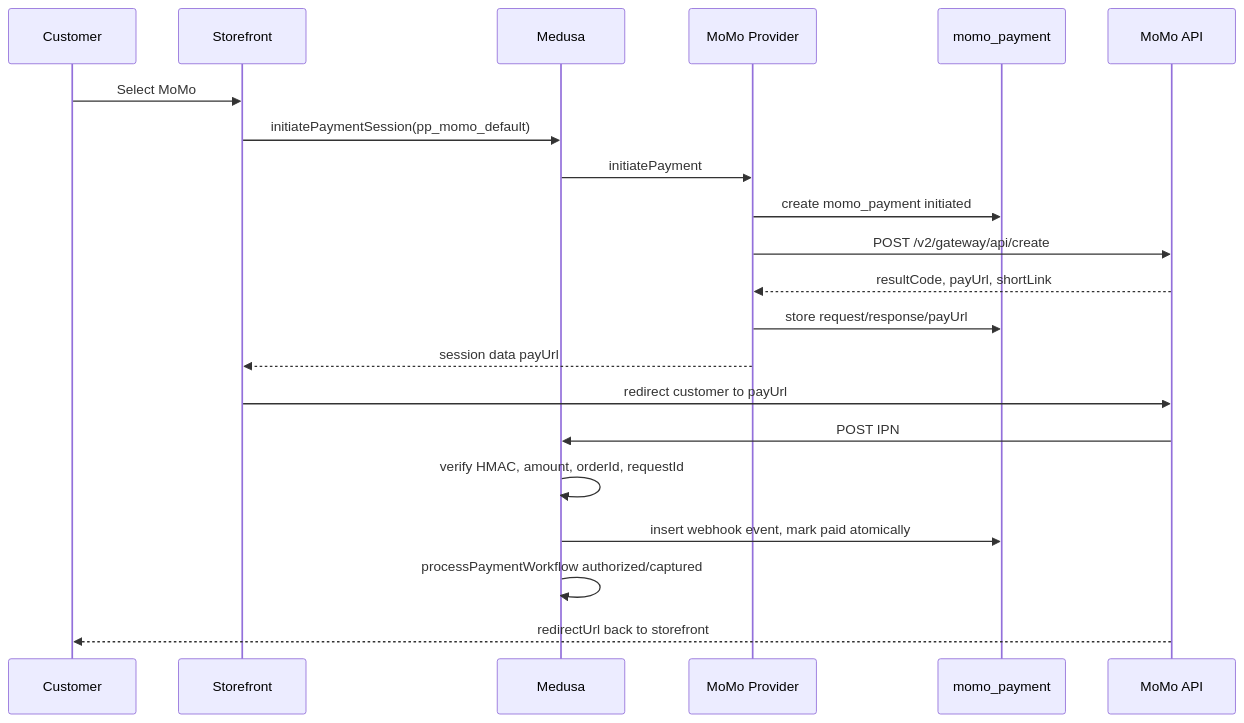
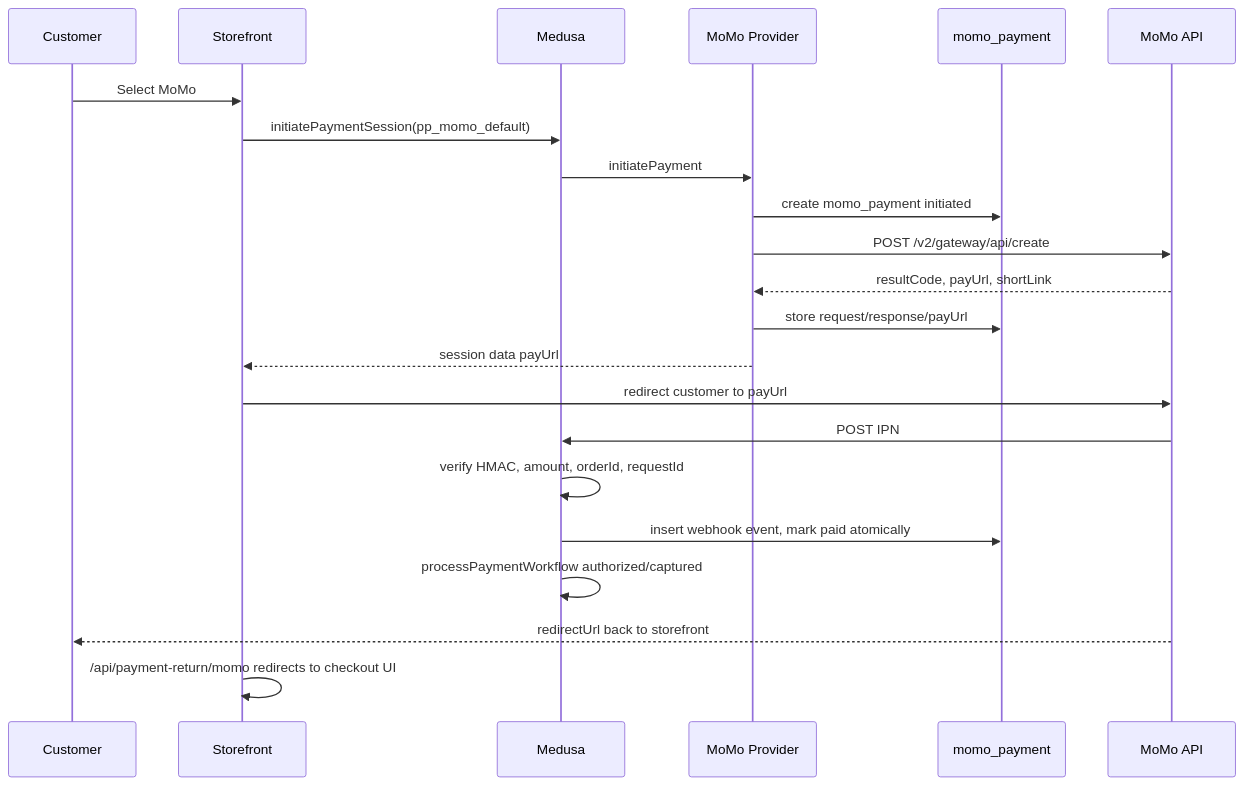
One commit to BuiNgocThuc/medusa-core-lab changed the second of 6 diagrams in MOMO_PAYMENT_AUDIT_AND_IMPLEMENTATION_PLAN.md. Above: the diagram before and after it, drawn with Mermaid. The commit also changed other lines of this file and 8 other files, not shown here.

Commit message:
flow test payment momo2

````diff
--- a/MOMO_PAYMENT_AUDIT_AND_IMPLEMENTATION_PLAN.md
+++ b/MOMO_PAYMENT_AUDIT_AND_IMPLEMENTATION_PLAN.md
@@ -225,24 +241,25 @@
 ```mermaid
 sequenceDiagram
   participant C as Customer
   participant SF as Storefront
   participant API as Medusa
   participant MP as MoMo Provider
   participant DB as momo_payment
   participant MoMo as MoMo API
 
   C->>SF: Select MoMo
   SF->>API: initiatePaymentSession(pp_momo_default)
   API->>MP: initiatePayment
   MP->>DB: create momo_payment initiated
   MP->>MoMo: POST /v2/gateway/api/create
   MoMo-->>MP: resultCode, payUrl, shortLink
   MP->>DB: store request/response/payUrl
   MP-->>SF: session data payUrl
   SF->>MoMo: redirect customer to payUrl
   MoMo->>API: POST IPN
   API->>API: verify HMAC, amount, orderId, requestId
   API->>DB: insert webhook event, mark paid atomically
   API->>API: processPaymentWorkflow authorized/captured
   MoMo-->>C: redirectUrl back to storefront
+  SF->>SF: /api/payment-return/momo redirects to checkout UI
 ```
````
